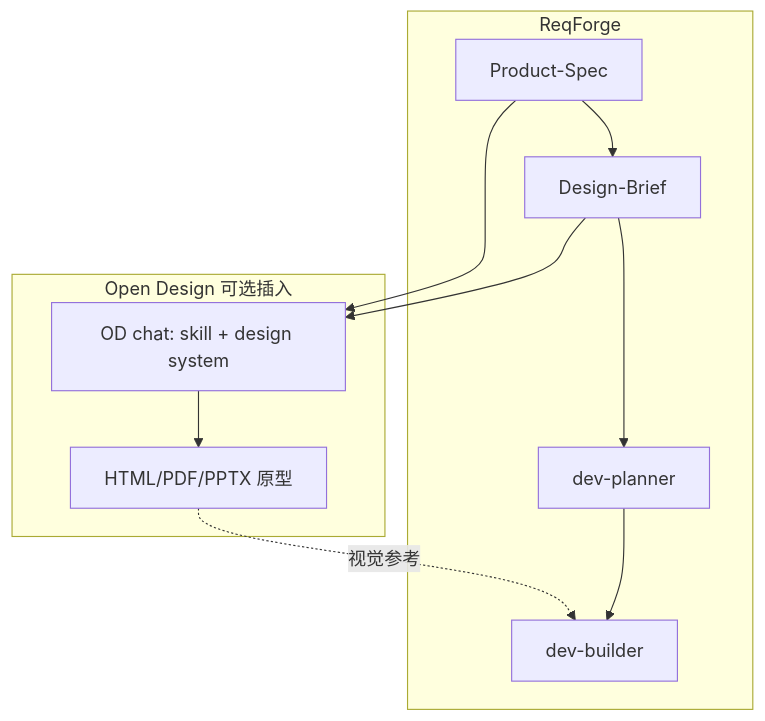
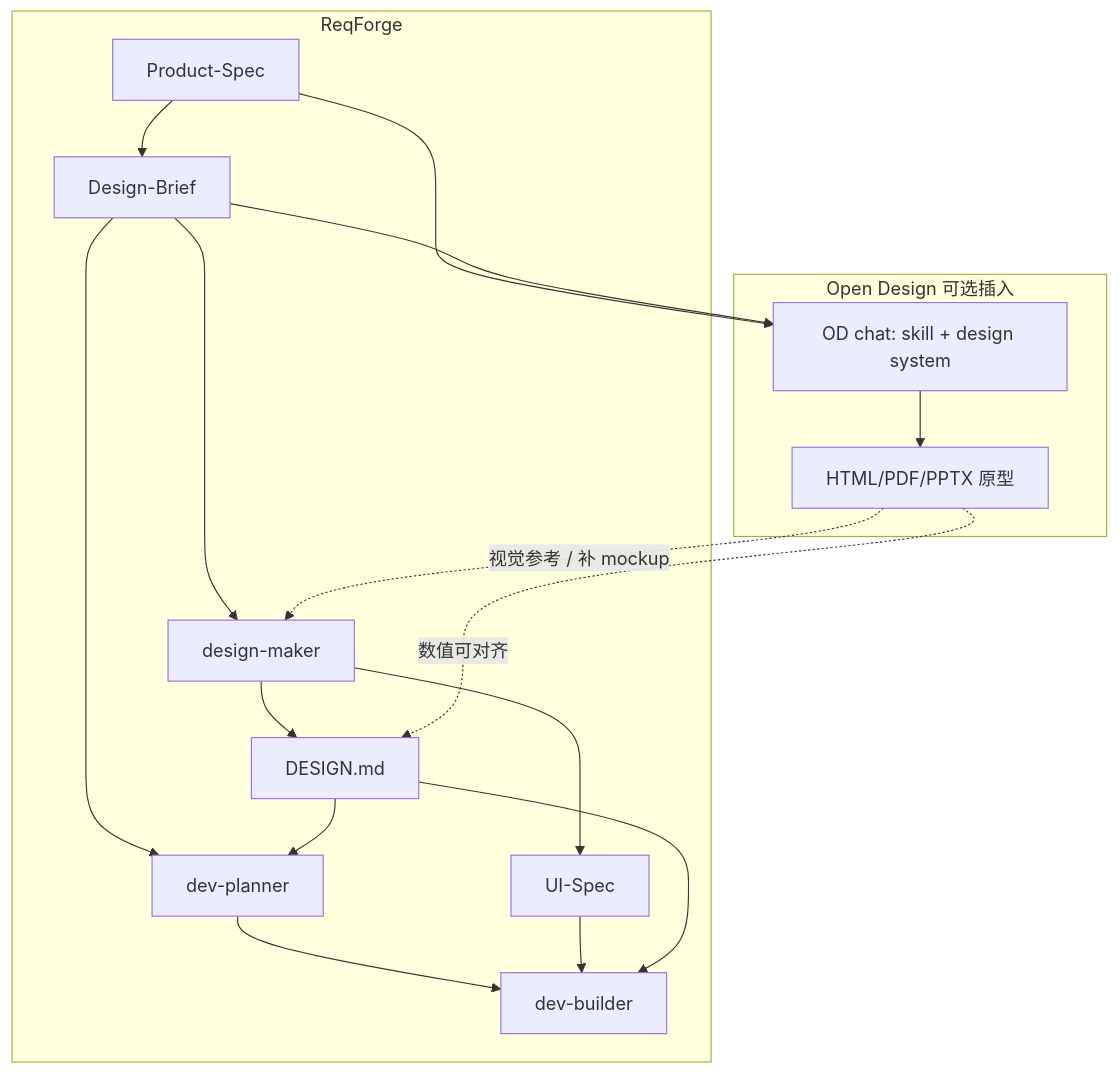
The diagram in core/docs/open-design-comparison.md (zxpmail/ReqForge), drawn with Mermaid before and after one commit. The commit also changed other lines of this file and 3 other files, not shown here.

````diff
--- a/core/docs/open-design-comparison.md
+++ b/core/docs/open-design-comparison.md
@@ -47,22 +48,32 @@
 ```mermaid
 flowchart TB
   subgraph RF[ReqForge]
     PS[Product-Spec]
     DB[Design-Brief]
+    DM[design-maker]
+    US[UI-Spec]
+    TD[DESIGN.md]
     DP[dev-planner]
     DV[dev-builder]
     PS --> DB
+    DB --> DM
+    DM --> US
+    DM --> TD
     DB --> DP
+    TD --> DP
     DP --> DV
+    US --> DV
+    TD --> DV
   end
 
   subgraph OD[Open Design 可选插入]
     ODin[OD chat: skill + design system]
     ODout[HTML/PDF/PPTX 原型]
     ODin --> ODout
   end
 
   PS --> ODin
   DB --> ODin
-  ODout -.->|视觉参考| DV
+  ODout -.->|视觉参考 / 补 mockup| DM
+  ODout -.->|数值可对齐| TD
 ```
````
